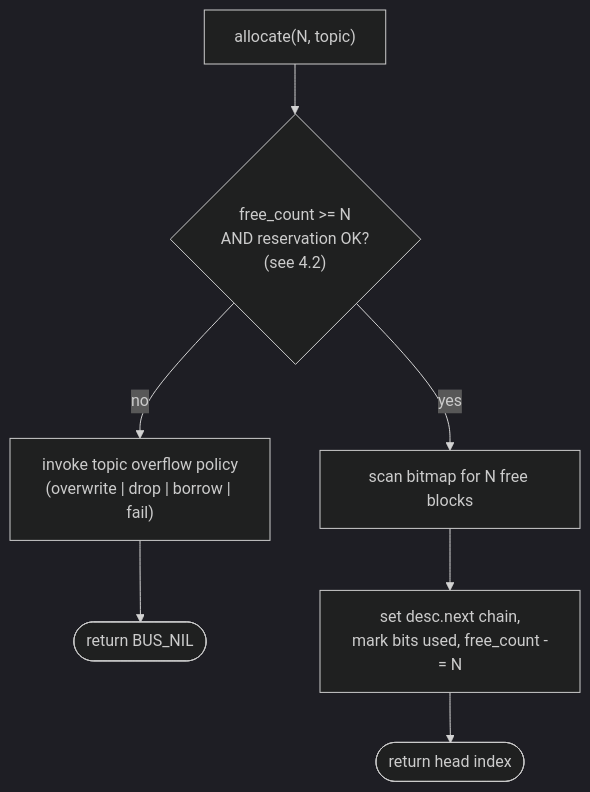
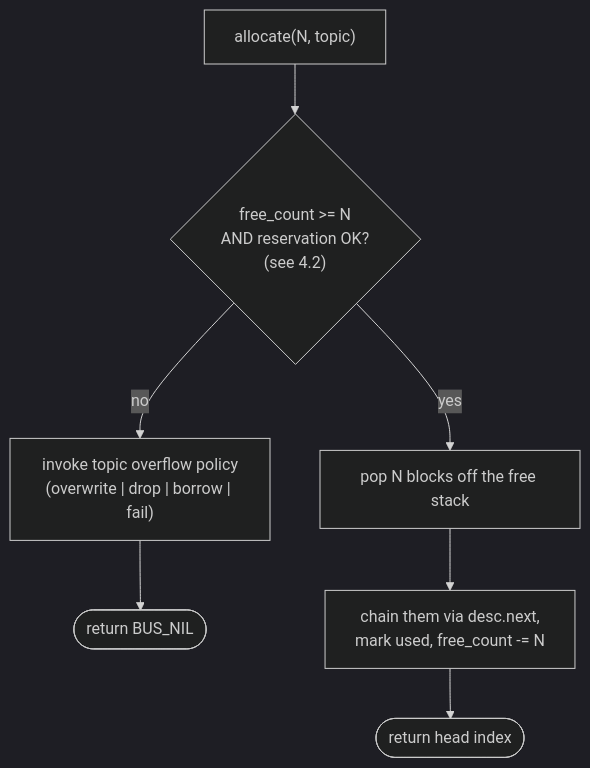
One commit to ragnar-vallhala/vaios changed the fourth of 8 diagrams in docs/plans/bus-subsystem.md. Above: the diagram before and after it, drawn with Mermaid (dark theme). The commit also changed other lines of this file and 1 other file, not shown here.

````diff
--- a/docs/plans/bus-subsystem.md
+++ b/docs/plans/bus-subsystem.md
@@ -206,9 +232,9 @@
 ```mermaid
 flowchart TD
     Start["allocate(N, topic)"] --> Check{"free_count >= N<br/>AND reservation OK?<br/>(see 4.2)"}
     Check -->|no| Policy["invoke topic overflow policy<br/>(overwrite | drop | borrow | fail)"]
     Policy --> Fail(["return BUS_NIL"])
-    Check -->|yes| Scan["scan bitmap for N free blocks"]
-    Scan --> Link["set desc.next chain,<br/>mark bits used, free_count -= N"]
+    Check -->|yes| Scan["pop N blocks off the free stack"]
+    Scan --> Link["chain them via desc.next,<br/>mark used, free_count -= N"]
     Link --> Done(["return head index"])
 ```
````
